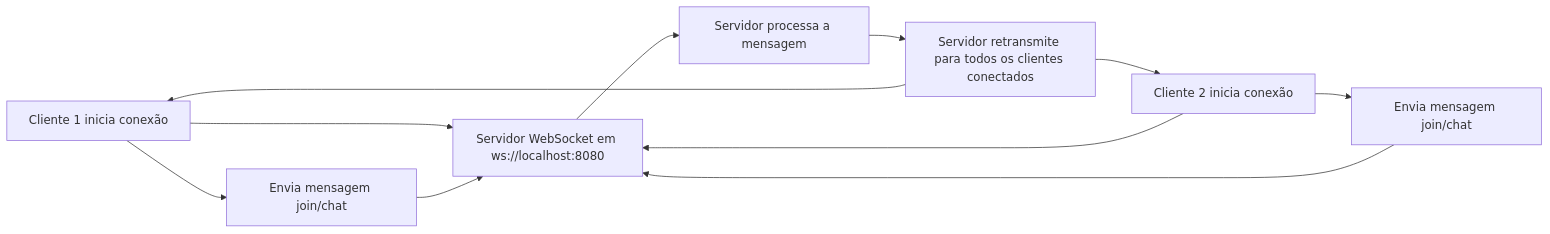
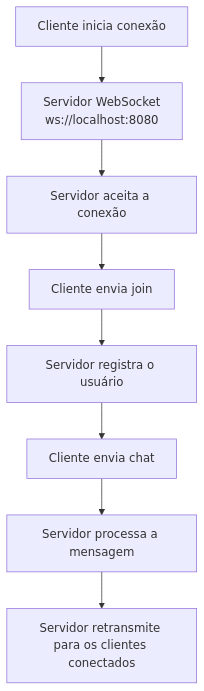
One commit to isaacfranco/jrm changed the diagram in aulas/aula-zero/aula-zero-websocket.md. Above: the diagram before and after it, drawn with Mermaid.

Commit message:
ajuste no diagrama

````diff
--- a/aulas/aula-zero/aula-zero-websocket.md
+++ b/aulas/aula-zero/aula-zero-websocket.md
@@ -256,13 +256,10 @@
 ```mermaid
-flowchart LR
-    A["Cliente 1 inicia conexão"] --> B["Servidor WebSocket em ws://localhost:8080"]
-    C["Cliente 2 inicia conexão"] --> B
-    A --> D["Envia mensagem join/chat"]
-    C --> E["Envia mensagem join/chat"]
-    D --> B
-    E --> B
-    B --> F["Servidor processa a mensagem"]
-    F --> G["Servidor retransmite para todos os clientes conectados"]
-    G --> A
-    G --> C
+flowchart TD
+    A["Cliente inicia conexão"] --> B["Servidor WebSocket<br/>ws://localhost:8080"]
+    B --> C["Servidor aceita a conexão"]
+    C --> D["Cliente envia join"]
+    D --> E["Servidor registra o usuário"]
+    E --> F["Cliente envia chat"]
+    F --> G["Servidor processa a mensagem"]
+    G --> H["Servidor retransmite para os clientes conectados"]
 ```
````
